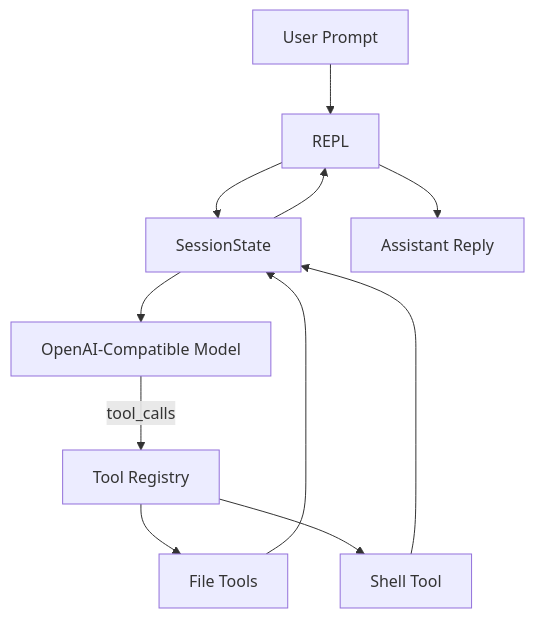
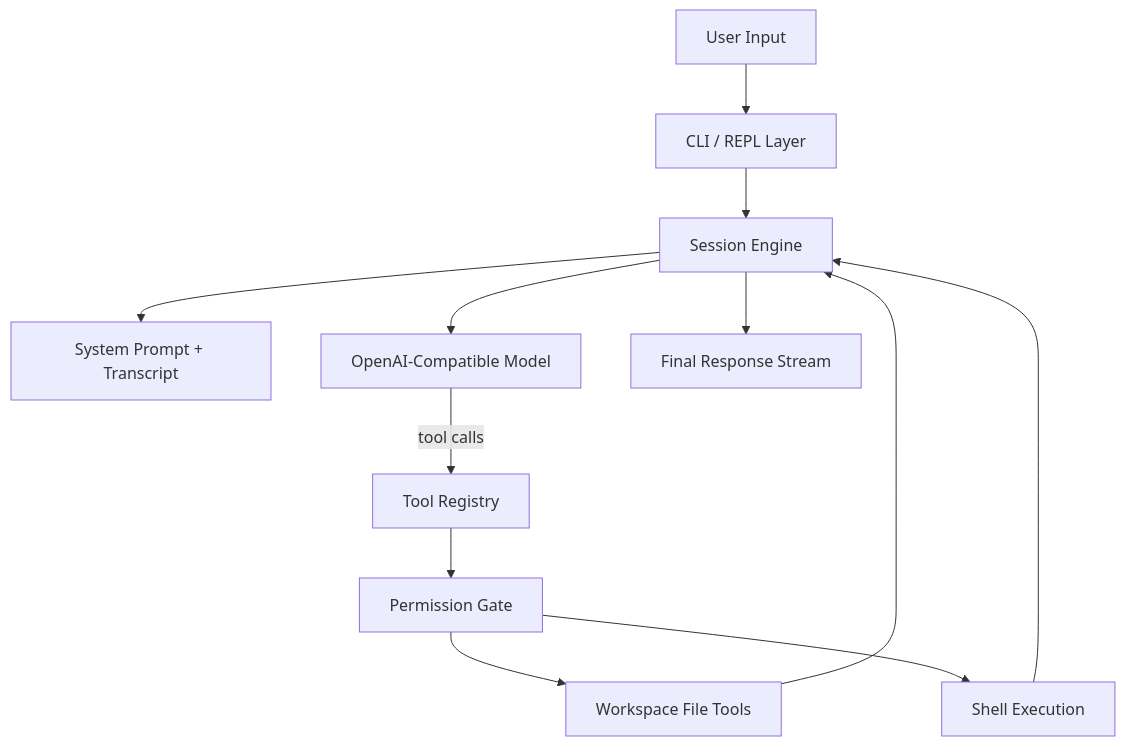
The diagram in README.md (zhangyitong2021/claudecode-py), drawn with Mermaid before and after one commit. The commit also changed other lines of this file, not shown here.

Commit message:
Rewrite README with agent architecture framing

````diff
--- a/README.md
+++ b/README.md
@@ -66,13 +34,14 @@
 ```mermaid
 flowchart TD
-    U["User Prompt"] --> R["REPL"]
-    R --> S["SessionState"]
+    U["User Input"] --> C["CLI / REPL Layer"]
+    C --> S["Session Engine"]
+    S --> P["System Prompt + Transcript"]
     S --> M["OpenAI-Compatible Model"]
-    M -->|tool_calls| T["Tool Registry"]
-    T --> F["File Tools"]
-    T --> H["Shell Tool"]
+    M -->|tool calls| T["Tool Registry"]
+    T --> G["Permission Gate"]
+    G --> F["Workspace File Tools"]
+    G --> X["Shell Execution"]
     F --> S
-    H --> S
-    S --> R
-    R --> O["Assistant Reply"]
+    X --> S
+    S --> R["Final Response Stream"]
 ```
````
